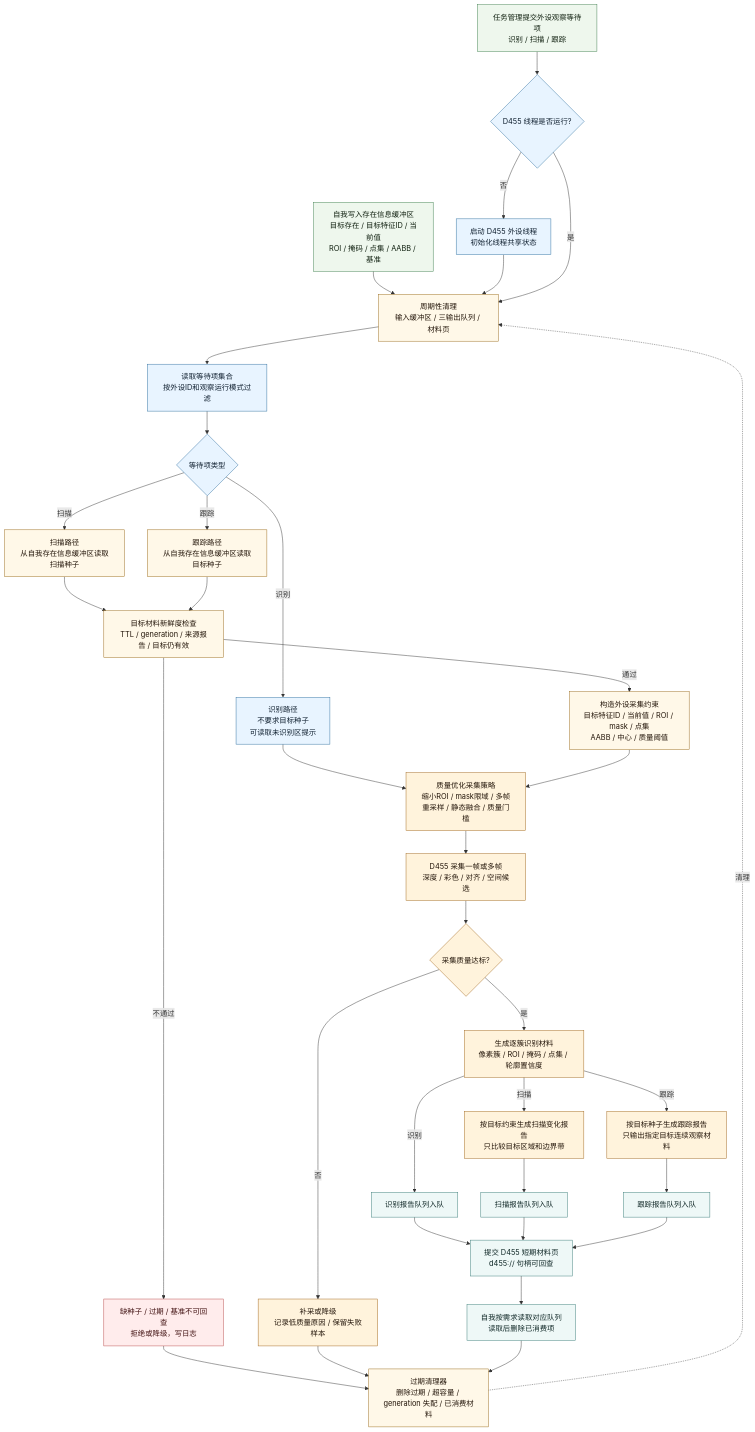
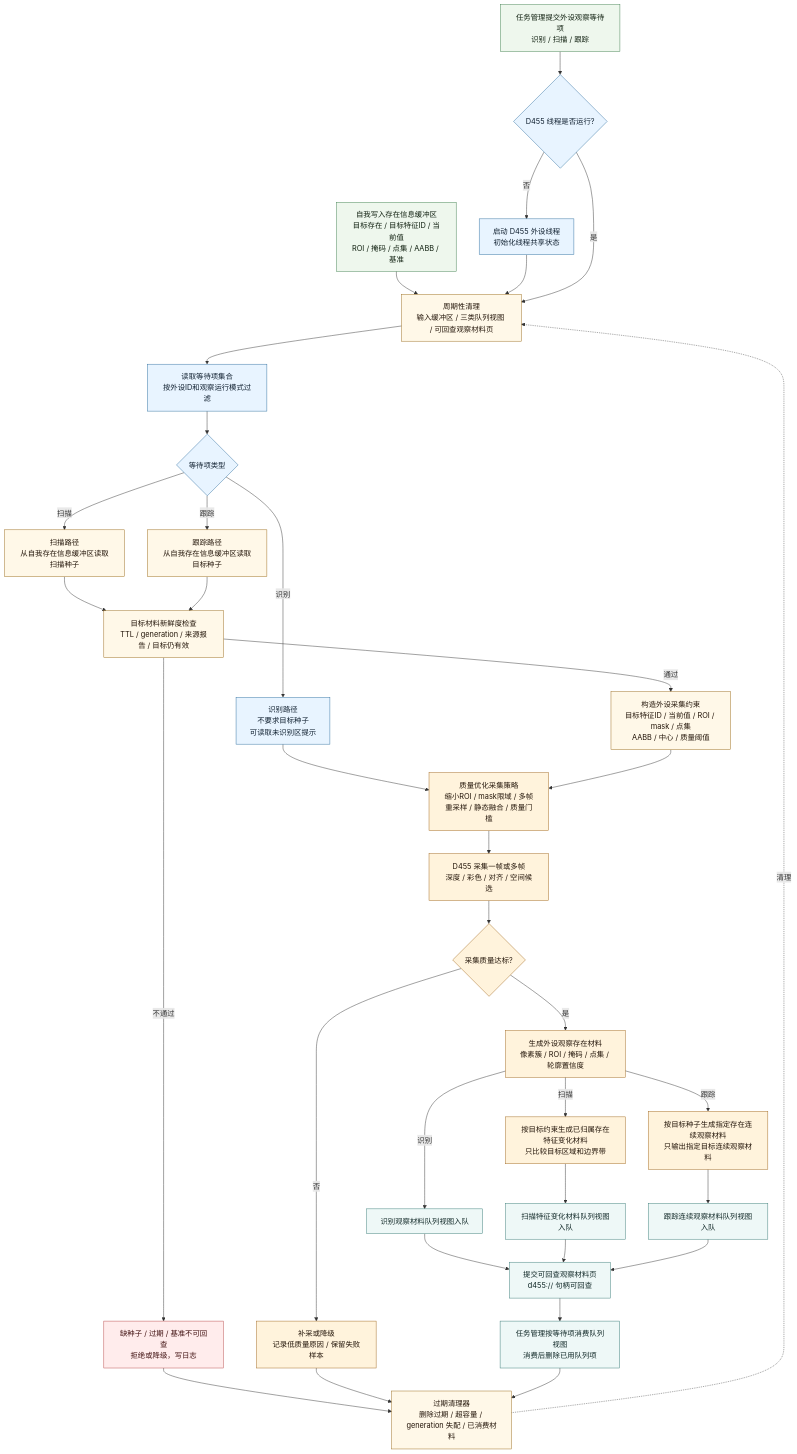
Before and after one commit to chunhaizh-cyber/Birthplace-of-digital-civilization: the first of 3 diagrams in 流程图/20260606_D455外设侧工作流程图_v0.2.md, drawn with Mermaid. The commit also changed other lines of this file and 7 other files, not shown here.

Commit message:
修订外设流程图正式承接口径

````diff
--- a/流程图/20260606_D455外设侧工作流程图_v0.2.md
+++ b/流程图/20260606_D455外设侧工作流程图_v0.2.md
@@ -70,66 +75,66 @@
 ```mermaid
 flowchart TB
     A["任务管理提交外设观察等待项<br/>识别 / 扫描 / 跟踪"]
     B["自我写入存在信息缓冲区<br/>目标存在 / 目标特征ID / 当前值<br/>ROI / 掩码 / 点集 / AABB / 基准"]
     C{"D455 线程是否运行?"}
     D["启动 D455 外设线程<br/>初始化线程共享状态"]
-    E["周期性清理<br/>输入缓冲区 / 三输出队列 / 材料页"]
+    E["周期性清理<br/>输入缓冲区 / 三类队列视图 / 可回查观察材料页"]
     F["读取等待项集合<br/>按外设ID和观察运行模式过滤"]
     G{"等待项类型"}
     H["识别路径<br/>不要求目标种子<br/>可读取未识别区提示"]
     I["扫描路径<br/>从自我存在信息缓冲区读取扫描种子"]
     J["跟踪路径<br/>从自我存在信息缓冲区读取目标种子"]
     K["目标材料新鲜度检查<br/>TTL / generation / 来源报告 / 目标仍有效"]
     L["缺种子 / 过期 / 基准不可回查<br/>拒绝或降级，写日志"]
     M["构造外设采集约束<br/>目标特征ID / 当前值 / ROI / mask / 点集<br/>AABB / 中心 / 质量阈值"]
     N["质量优化采集策略<br/>缩小ROI / mask限域 / 多帧重采样 / 静态融合 / 质量门槛"]
     O["D455 采集一帧或多帧<br/>深度 / 彩色 / 对齐 / 空间候选"]
     P{"采集质量达标?"}
     Q["补采或降级<br/>记录低质量原因 / 保留失败样本"]
-    R["生成逐簇识别材料<br/>像素簇 / ROI / 掩码 / 点集 / 轮廓置信度"]
-    S["按目标约束生成扫描变化报告<br/>只比较目标区域和边界带"]
-    T["按目标种子生成跟踪报告<br/>只输出指定目标连续观察材料"]
-    U["识别报告队列入队"]
-    V["扫描报告队列入队"]
-    W["跟踪报告队列入队"]
-    X["提交 D455 短期材料页<br/>d455:// 句柄可回查"]
-    Y["自我按需求读取对应队列<br/>读取后删除已消费项"]
+    R["生成外设观察存在材料<br/>像素簇 / ROI / 掩码 / 点集 / 轮廓置信度"]
+    S["按目标约束生成已归属存在特征变化材料<br/>只比较目标区域和边界带"]
+    T["按目标种子生成指定存在连续观察材料<br/>只输出指定目标连续观察材料"]
+    U["识别观察材料队列视图入队"]
+    V["扫描特征变化材料队列视图入队"]
+    W["跟踪连续观察材料队列视图入队"]
+    X["提交可回查观察材料页<br/>d455:// 句柄可回查"]
+    Y["任务管理按等待项消费队列视图<br/>消费后删除已用队列项"]
     Z["过期清理器<br/>删除过期 / 超容量 / generation 失配 / 已消费材料"]
 
     A --> C
     B --> E
     C -->|否| D --> E
     C -->|是| E
     E --> F --> G
     G -->|识别| H --> N
     G -->|扫描| I --> K
     G -->|跟踪| J --> K
     K -->|不通过| L --> Z
     K -->|通过| M --> N
     N --> O --> P
     P -->|否| Q --> Z
     P -->|是| R
     R -->|识别| U
     R -->|扫描| S --> V
     R -->|跟踪| T --> W
     U --> X
     V --> X
     W --> X
     X --> Y --> Z
     Z -.清理.-> E
 
     classDef input fill:#eef7ed,stroke:#3f7f4f,color:#102010;
     classDef buffer fill:#fff8e8,stroke:#9a6a1a,color:#24160a;
     classDef thread fill:#e8f4ff,stroke:#2f6f9f,color:#102030;
     classDef adapter fill:#fff3dc,stroke:#a0671e,color:#24160a;
     classDef queue fill:#eef8f7,stroke:#397b77,color:#102827;
     classDef gate fill:#f1edff,stroke:#6c56a4,color:#1d1730;
     classDef err fill:#ffecec,stroke:#b84a4a,color:#401111;
 
     class A,B input;
     class E,I,J,K,M,Z buffer;
     class C,D,F,G,H thread;
     class N,O,P,Q,R,S,T adapter;
     class U,V,W,X,Y queue;
     class L err;
 ```
````
